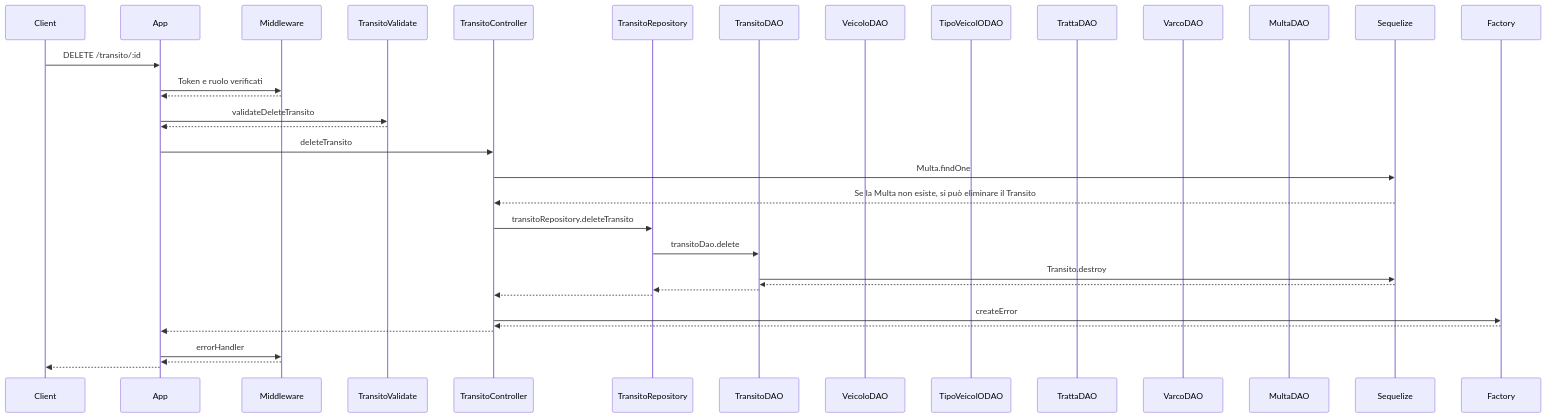
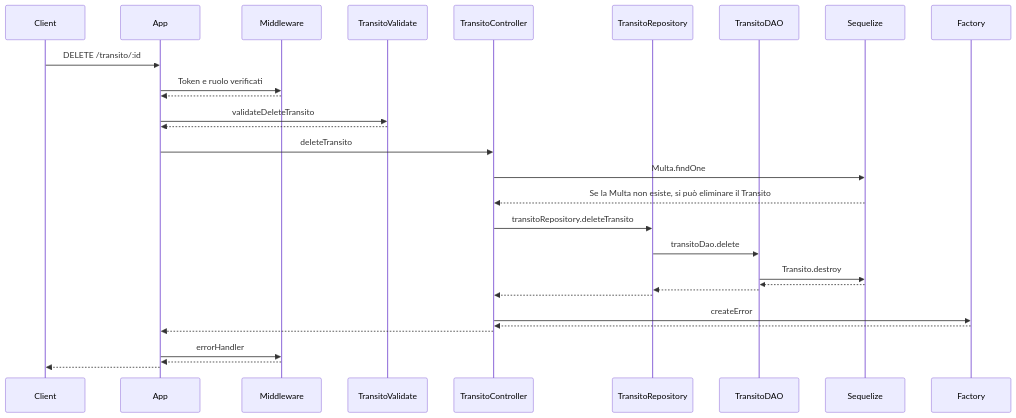
One commit to MattSona99/ProgettoPA changed diagram 11 of 14 in README.md. Above: the diagram before and after it, drawn with Mermaid. The commit also changed other lines of this file, not shown here.

````diff
--- a/README.md
+++ b/README.md
@@ -583,38 +589,33 @@
 ```mermaid
 sequenceDiagram
   participant C as Client
   participant A as App
   participant M as Middleware
   participant TV as TransitoValidate
   participant CN as TransitoController
   participant R as TransitoRepository
   participant TD as TransitoDAO
-  participant VD as VeicoloDAO
-  participant TVD as TipoVeicolODAO
-  participant TTD as TrattaDAO
-  participant VRD as VarcoDAO
-  participant MD as MultaDAO
   participant S as Sequelize
   participant F as Factory
 
   C ->> A: DELETE /transito/:id
   A ->> M: Token e ruolo verificati
   M -->> A: 
   A ->> TV: validateDeleteTransito
   TV -->> A: 
   A ->> CN: deleteTransito
   CN ->> S: Multa.findOne
   S -->> CN: Se la Multa non esiste, si può eliminare il Transito
   CN ->> R: transitoRepository.deleteTransito
   R ->> TD: transitoDao.delete
   TD ->> S: Transito.destroy
   S -->> TD:
   TD -->> R:
   R -->> CN: 
   CN ->> F: createError
   F -->> CN: 
   CN -->> A: 
   A ->> M: errorHandler
   M -->> A: 
   A -->> C:  
 ```
````
